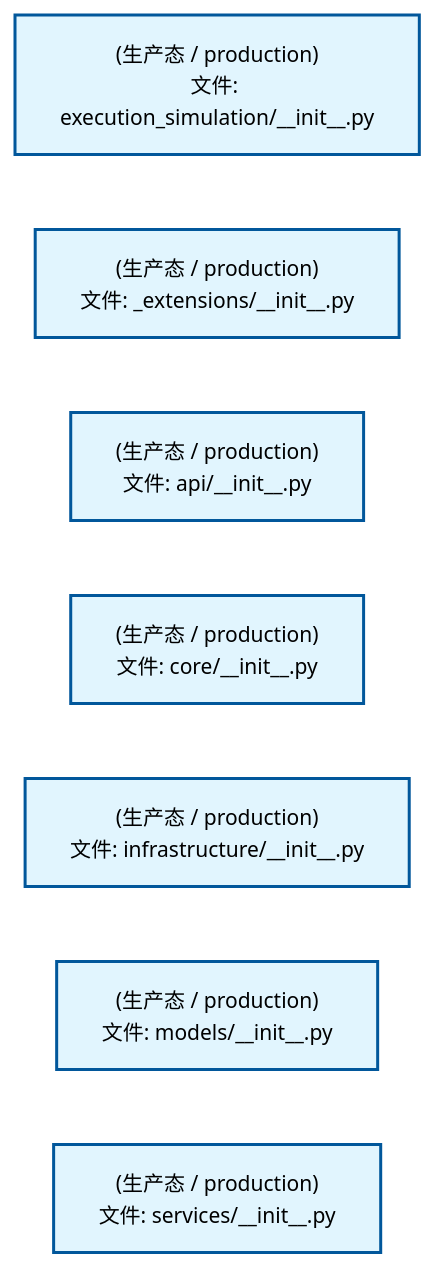
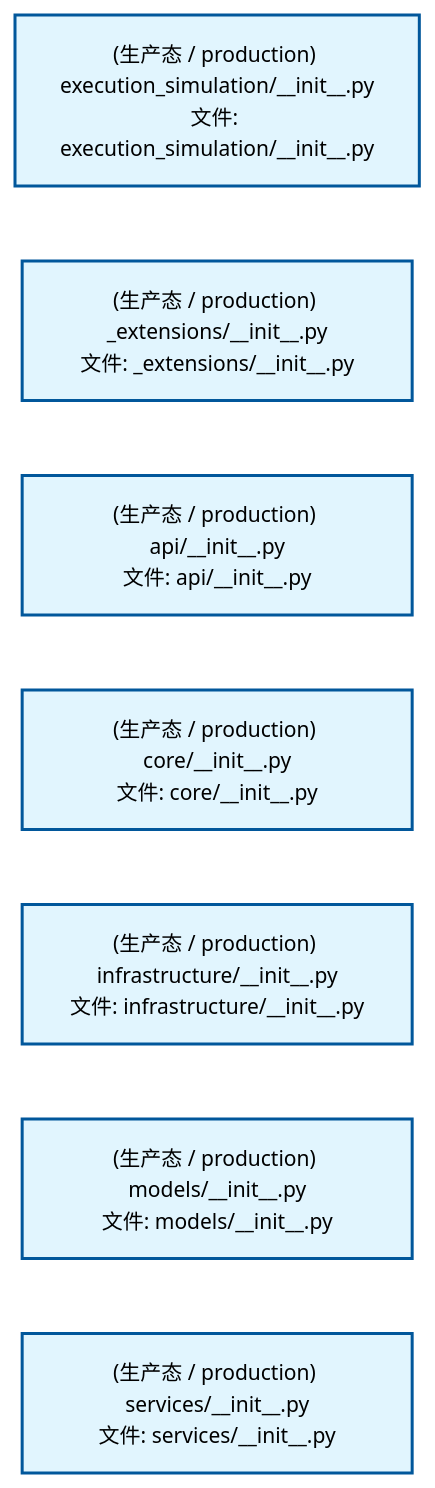
Before and after one commit to xuanFelixVan/ZephyrAlpha: the first of 2 diagrams in docs/02_enterprise_architecture/02_domain_architecture_docs/43_d_exec_sim.md, drawn with Mermaid. The commit also changed other lines of this file and 77 other files, not shown here.

````diff
--- a/docs/02_enterprise_architecture/02_domain_architecture_docs/43_d_exec_sim.md
+++ b/docs/02_enterprise_architecture/02_domain_architecture_docs/43_d_exec_sim.md
@@ -53,22 +53,22 @@
 ```mermaid
 %%{init: {'theme': 'base', 'themeVariables': {'primaryColor': '#eaeaea', 'primaryTextColor': '#333333', 'primaryBorderColor': '#666666', 'lineColor': '#666666', 'secondaryColor': '#eaeaea', 'tertiaryColor': '#eaeaea', 'fontSize': '14px'}}}%%
 flowchart TD
-    src_zephyr_execution_simulation_init_py["(生产态 / production)<br/>文件: execution_simulation/__init__.py"]
-    src_zephyr_execution_simulation_extensions_init_py["(生产态 / production)<br/>文件: _extensions/__init__.py"]
-    src_zephyr_execution_simulation_api_init_py["(生产态 / production)<br/>文件: api/__init__.py"]
-    src_zephyr_execution_simulation_core_init_py["(生产态 / production)<br/>文件: core/__init__.py"]
-    src_zephyr_execution_simulation_infrastructure_init_py["(生产态 / production)<br/>文件: infrastructure/__init__.py"]
-    src_zephyr_execution_simulation_models_init_py["(生产态 / production)<br/>文件: models/__init__.py"]
-    src_zephyr_execution_simulation_services_init_py["(生产态 / production)<br/>文件: services/__init__.py"]
+    src_zephyr_execution_simulation_init_py["(生产态 / production) execution_simulation/__init__.py<br/>文件: execution_simulation/__init__.py"]
+    src_zephyr_execution_simulation_extensions_init_py["(生产态 / production) _extensions/__init__.py<br/>文件: _extensions/__init__.py"]
+    src_zephyr_execution_simulation_api_init_py["(生产态 / production) api/__init__.py<br/>文件: api/__init__.py"]
+    src_zephyr_execution_simulation_core_init_py["(生产态 / production) core/__init__.py<br/>文件: core/__init__.py"]
+    src_zephyr_execution_simulation_infrastructure_init_py["(生产态 / production) infrastructure/__init__.py<br/>文件: infrastructure/__init__.py"]
+    src_zephyr_execution_simulation_models_init_py["(生产态 / production) models/__init__.py<br/>文件: models/__init__.py"]
+    src_zephyr_execution_simulation_services_init_py["(生产态 / production) services/__init__.py<br/>文件: services/__init__.py"]
     src_zephyr_execution_simulation_init_py ~~~ src_zephyr_execution_simulation_extensions_init_py
     src_zephyr_execution_simulation_extensions_init_py ~~~ src_zephyr_execution_simulation_api_init_py
     src_zephyr_execution_simulation_api_init_py ~~~ src_zephyr_execution_simulation_core_init_py
     src_zephyr_execution_simulation_core_init_py ~~~ src_zephyr_execution_simulation_infrastructure_init_py
     src_zephyr_execution_simulation_infrastructure_init_py ~~~ src_zephyr_execution_simulation_models_init_py
     src_zephyr_execution_simulation_models_init_py ~~~ src_zephyr_execution_simulation_services_init_py
     classDef production fill:#e1f5fe,stroke:#01579b,stroke-width:2px,color:#000
     classDef design fill:#fff3e0,stroke:#e65100,stroke-width:2px,color:#000,stroke-dasharray: 5 5
     classDef external_prod fill:#e8f4fd,stroke:#0277bd,stroke-width:1px,color:#000
     classDef external_design fill:#fff8e7,stroke:#ef6c00,stroke-width:1px,color:#000,stroke-dasharray: 5 5
     class src_zephyr_execution_simulation_init_py,src_zephyr_execution_simulation_extensions_init_py,src_zephyr_execution_simulation_api_init_py,src_zephyr_execution_simulation_core_init_py,src_zephyr_execution_simulation_infrastructure_init_py,src_zephyr_execution_simulation_models_init_py,src_zephyr_execution_simulation_services_init_py production
 ```
````
